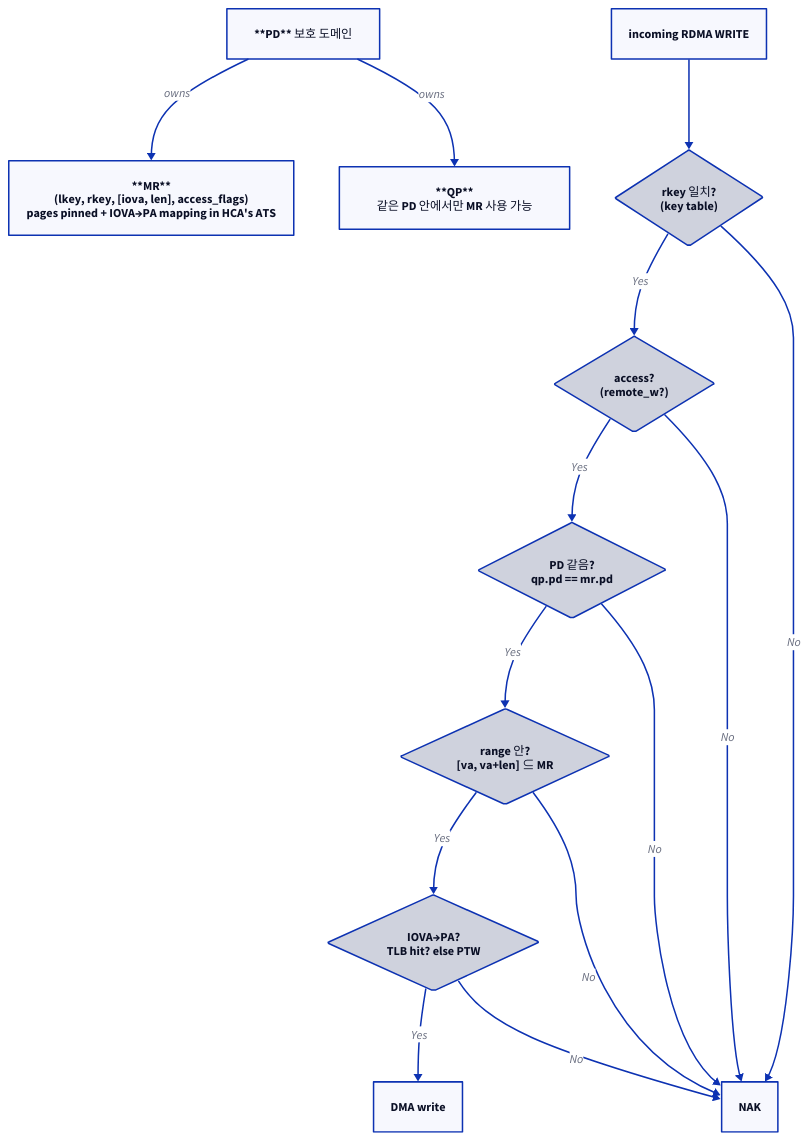
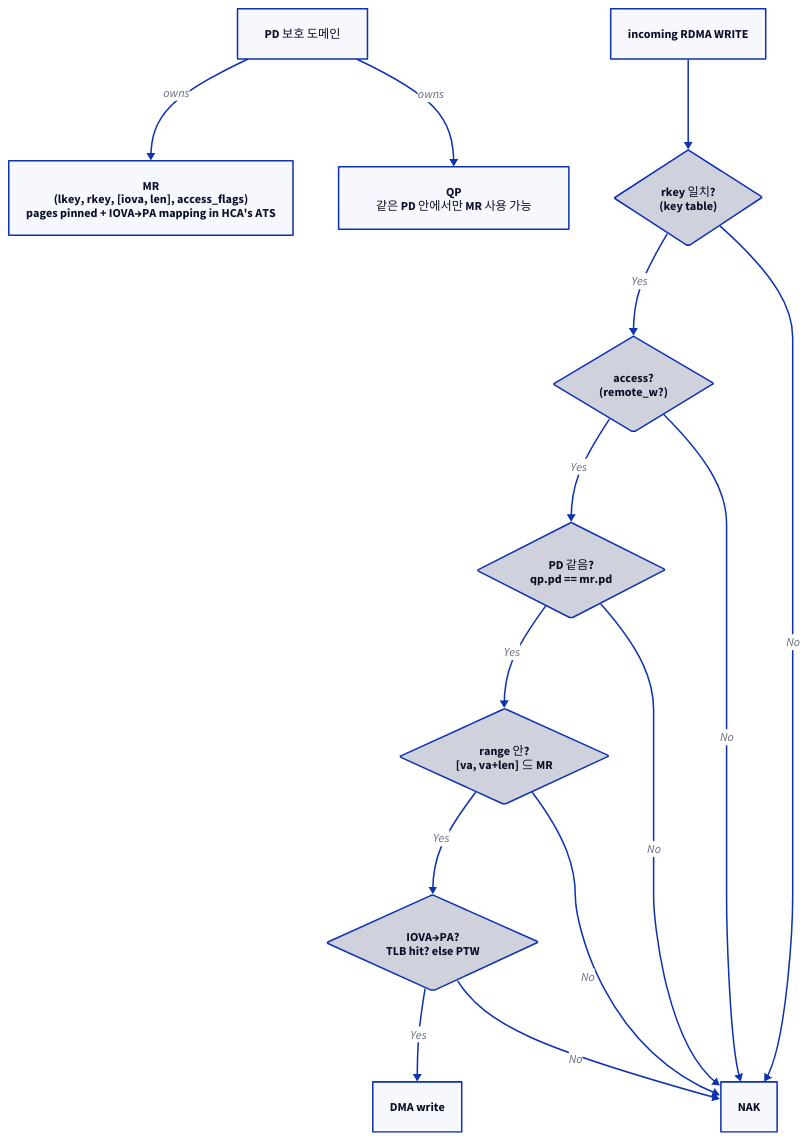
The first of 5 diagrams in starlight_site/src/content/docs/rdma/05_memory_model.md (humbleowl39/DV_SKOOL), drawn with D2 before and after one commit. The commit also changed other lines of this file and 714 other files, not shown here.

First line of the commit message:
fix(site): d2 다이어그램 가독성 결함 6종 일괄 수정

````diff
--- a/starlight_site/src/content/docs/rdma/05_memory_model.md
+++ b/starlight_site/src/content/docs/rdma/05_memory_model.md
@@ -70,28 +70,28 @@
 ```d2
 direction: down
 
-PD: "**PD** 보호 도메인"
-MR: "**MR**\n(lkey, rkey, [iova, len], access_flags)\npages pinned + IOVA→PA mapping in HCA's ATS"
-QP: "**QP**\n같은 PD 안에서만 MR 사용 가능"
+PD: "PD 보호 도메인"
+MR: "MR\n(lkey, rkey, [iova, len], access_flags)\npages pinned + IOVA→PA mapping in HCA's ATS"
+QP: "QP\n같은 PD 안에서만 MR 사용 가능"
 PD -> MR: "owns"
 PD -> QP: "owns"
 WR: "incoming RDMA WRITE"
 V1: "rkey 일치?\n(key table)" { shape: diamond }
 V2: "access?\n(remote_w?)" { shape: diamond }
 V3: "PD 같음?\nqp.pd == mr.pd" { shape: diamond }
 V4: "range 안?\n[va, va+len] ⊆ MR" { shape: diamond }
 V5: "IOVA→PA?\nTLB hit? else PTW" { shape: diamond }
 OK: "DMA write"
 NAK: "NAK"
 WR -> V1
 V1 -> V2: "Yes"
 V2 -> V3: "Yes"
 V3 -> V4: "Yes"
 V4 -> V5: "Yes"
 V5 -> OK: "Yes"
 V1 -> NAK: "No"
 V2 -> NAK: "No"
 V3 -> NAK: "No"
 V4 -> NAK: "No"
 V5 -> NAK: "No"
 ```
````
